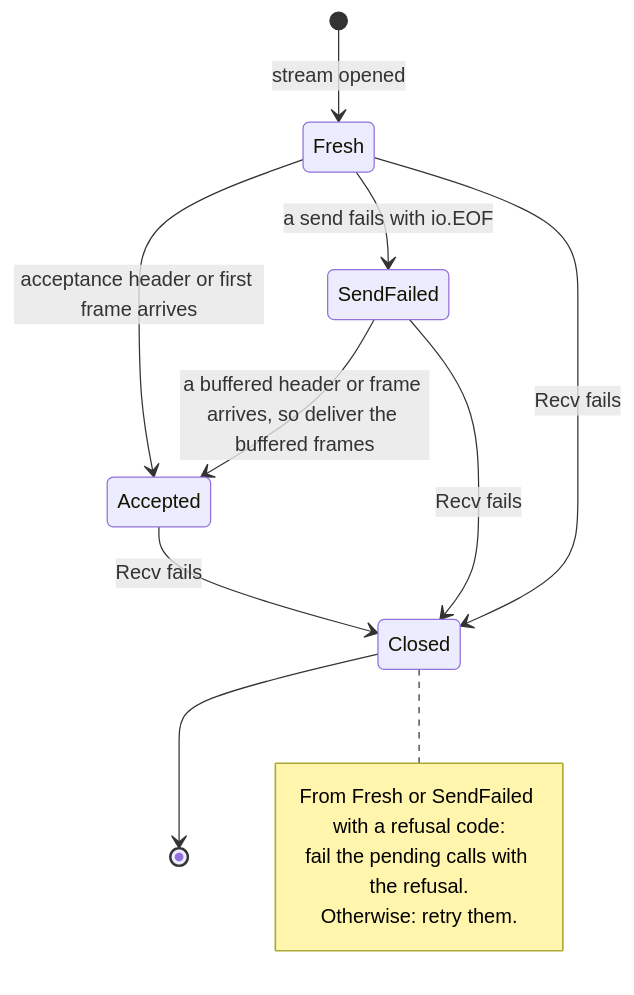
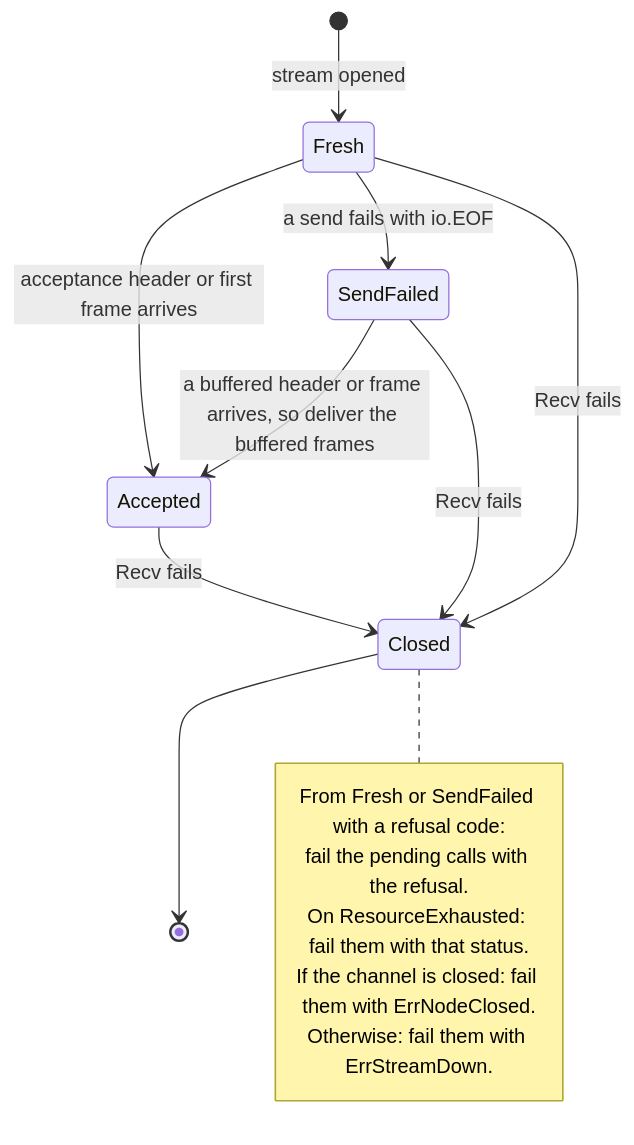
The fourth of 10 diagrams in doc/dev-guide.md (relab/gorums), drawn with Mermaid before and after one commit.

Commit message:
doc: correct pending call errors in the session state diagram

````diff
--- a/doc/dev-guide.md
+++ b/doc/dev-guide.md
@@ -445,16 +445,18 @@
 ```mermaid
 stateDiagram-v2
     [*] --> Fresh: stream opened
     Fresh --> Accepted: acceptance header or first frame arrives
     Fresh --> SendFailed: a send fails with io.EOF
     Fresh --> Closed: Recv fails
     SendFailed --> Accepted: a buffered header or frame arrives, so deliver the buffered frames
     SendFailed --> Closed: Recv fails
     Accepted --> Closed: Recv fails
     Closed --> [*]
     note right of Closed
         From Fresh or SendFailed with a refusal code:
         fail the pending calls with the refusal.
-        Otherwise: retry them.
+        On ResourceExhausted: fail them with that status.
+        If the channel is closed: fail them with ErrNodeClosed.
+        Otherwise: fail them with ErrStreamDown.
     end note
 ```
````
